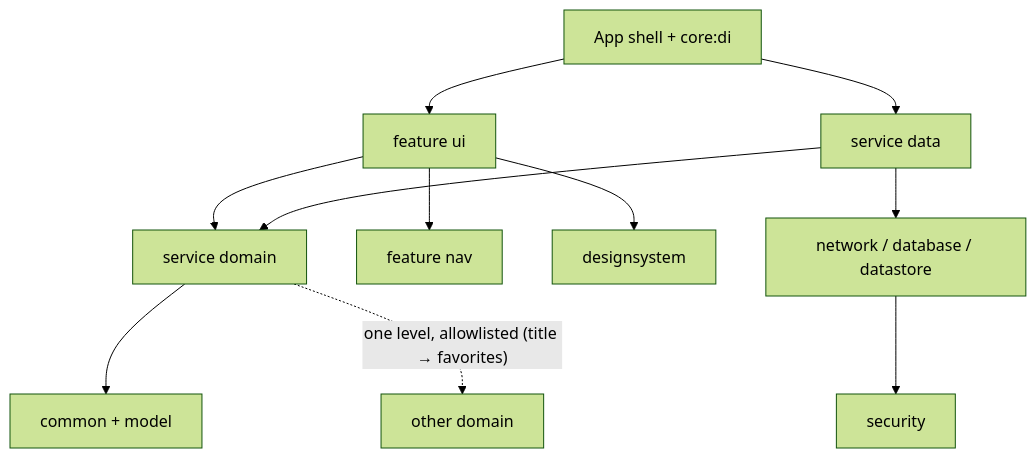
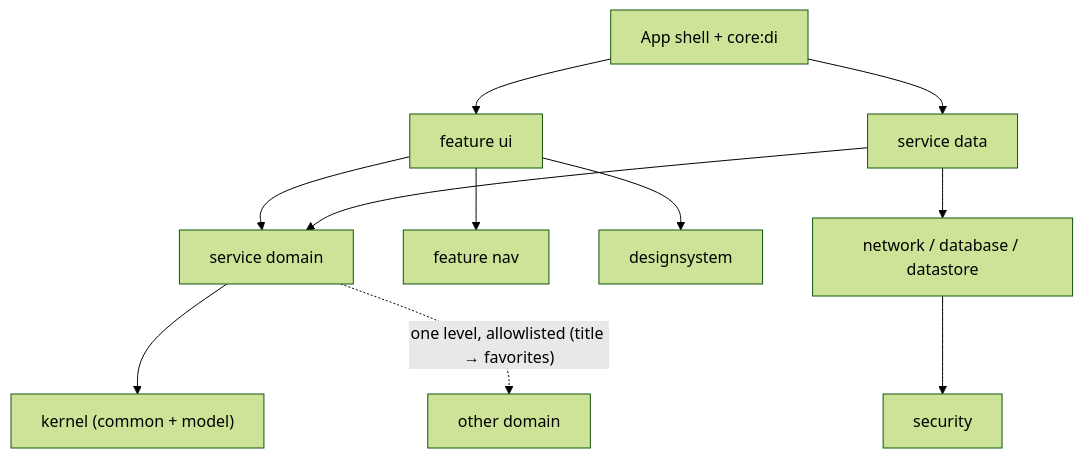
The second of 4 diagrams in README.md (huuphuoc1396/kmp-tmdb-app), drawn with Mermaid (forest theme) before and after one commit. The commit also changed other lines of this file and 1 other file, not shown here.

````diff
--- a/README.md
+++ b/README.md
@@ -80,13 +80,13 @@
 ```mermaid
 graph TD
   SHELL["App shell + core:di"] --> UI["feature ui"]
   SHELL --> DATA["service data"]
   UI --> DOMAIN["service domain"]
   UI --> NAV["feature nav"]
   UI --> DS["designsystem"]
   DATA --> DOMAIN
   DATA --> INFRA["network / database / datastore"]
   INFRA --> SEC["security"]
-  DOMAIN --> KERNEL["common + model"]
+  DOMAIN --> KERNEL["kernel (common + model)"]
   DOMAIN -.->|"one level, allowlisted (title → favorites)"| DOMAIN2["other domain"]
 ```
````
